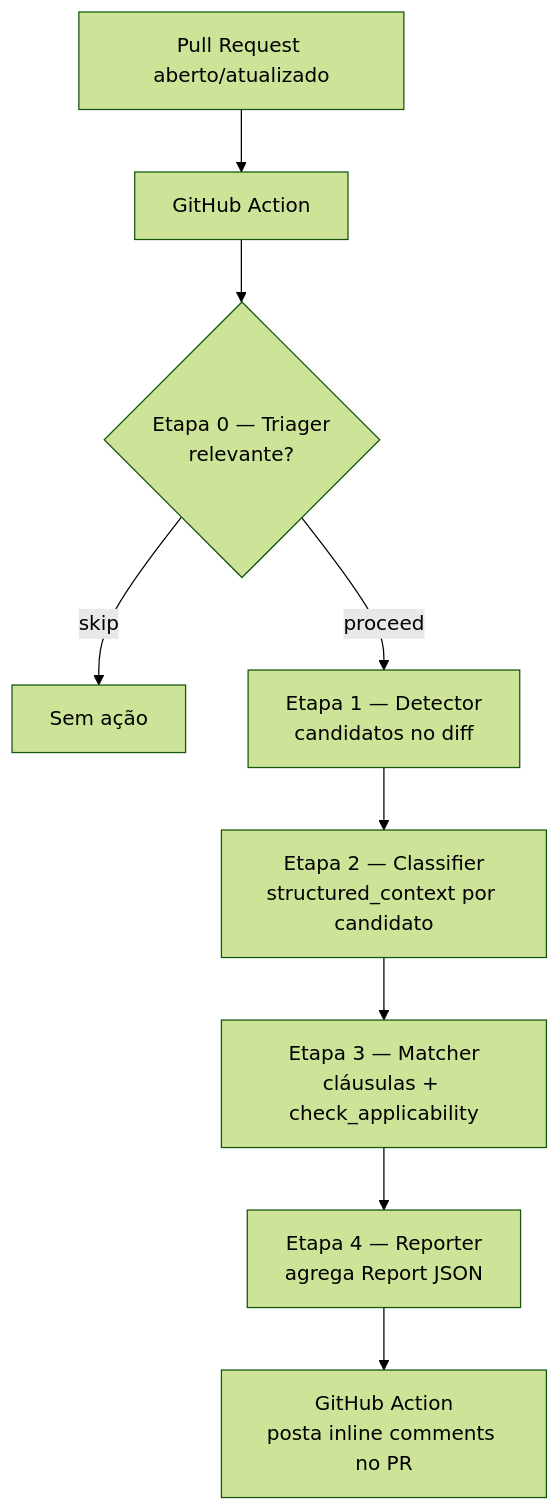
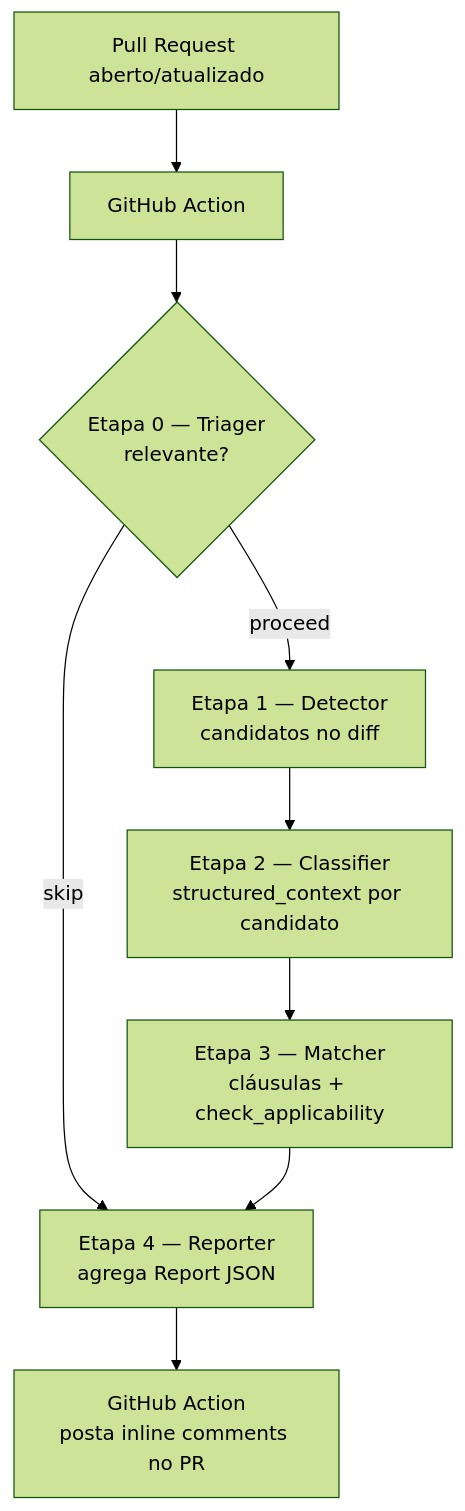
One commit to paivapereira/lgpd-policy-review changed the second of 2 diagrams in docs/architecture-overview.md. Above: the diagram before and after it, drawn with Mermaid (forest theme). The commit also changed 4 other files, not shown here.

````diff
--- a/docs/architecture-overview.md
+++ b/docs/architecture-overview.md
@@ -62,11 +62,11 @@
 ```mermaid
 flowchart TB
     PR[Pull Request aberto/atualizado] --> GA[GitHub Action]
     GA --> T{Etapa 0 — Triager<br/>relevante?}
-    T -->|skip| END[Sem ação]
+    T -->|skip| R[Reporter]
     T -->|proceed| D[Etapa 1 — Detector<br/>candidatos no diff]
     D --> C[Etapa 2 — Classifier<br/>structured_context por candidato]
     C --> M[Etapa 3 — Matcher<br/>cláusulas + check_applicability]
     M --> R[Etapa 4 — Reporter<br/>agrega Report JSON]
     R --> GA2[GitHub Action<br/>posta inline comments no PR]
 ```
````
